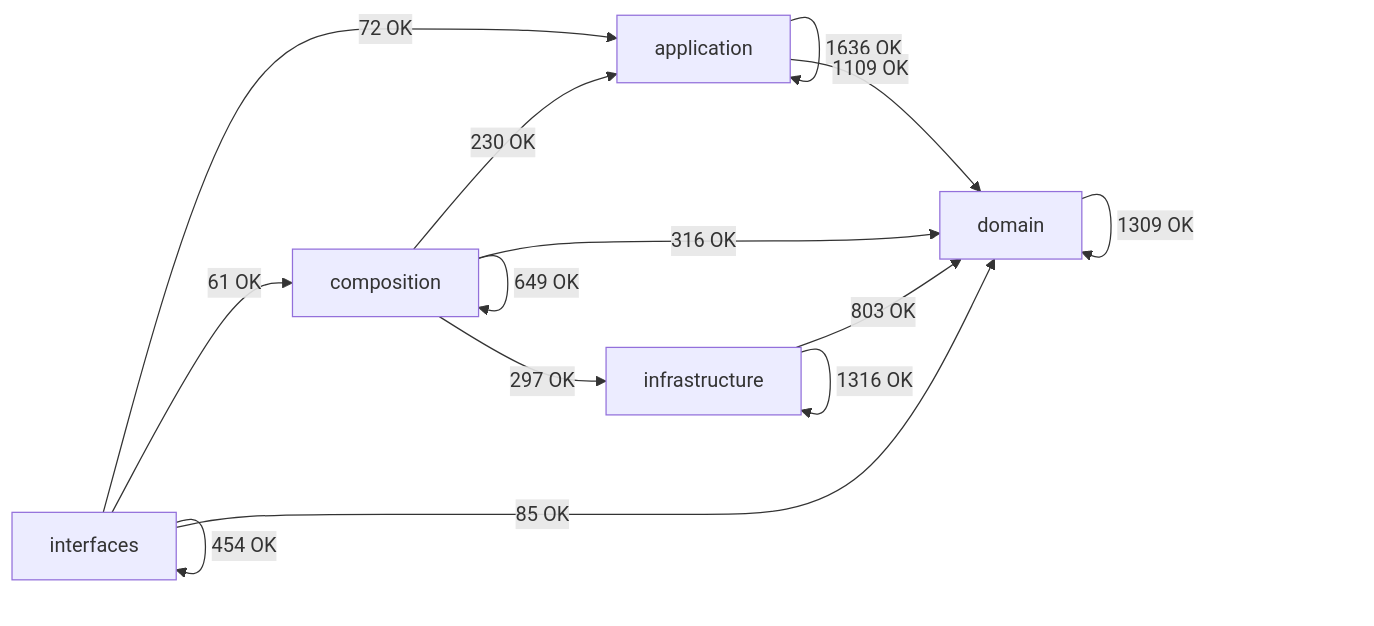
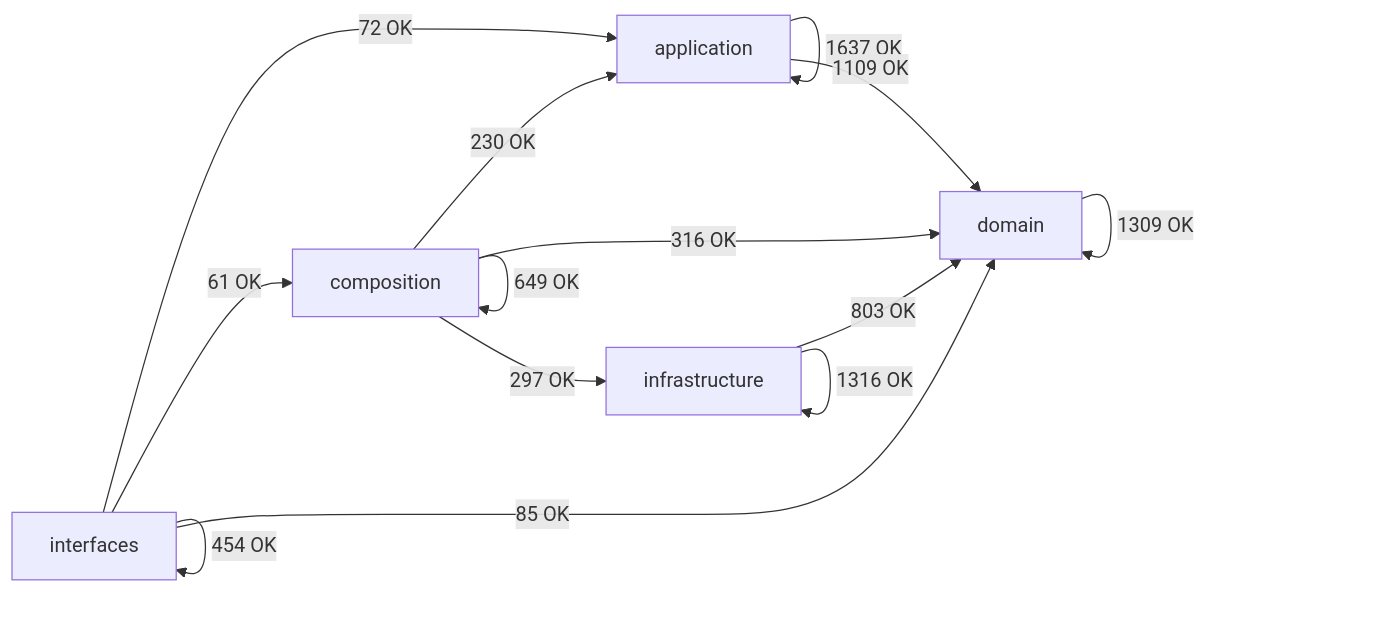
Before and after one commit to SatoryKono/BioactivityDataAcquisition: the diagram in docs/02-architecture/generated/module-dependency-map.md, drawn with Mermaid. The commit also changed other lines of this file and 13 other files, not shown here.

````diff
--- a/docs/02-architecture/generated/module-dependency-map.md
+++ b/docs/02-architecture/generated/module-dependency-map.md
@@ -17,21 +17,21 @@
 ```mermaid
 flowchart LR
     domain[domain]
     application[application]
     infrastructure[infrastructure]
     composition[composition]
     interfaces[interfaces]
-    application -->|1636 OK| application
+    application -->|1637 OK| application
     application -->|1109 OK| domain
     composition -->|230 OK| application
     composition -->|649 OK| composition
     composition -->|316 OK| domain
     composition -->|297 OK| infrastructure
     domain -->|1309 OK| domain
     infrastructure -->|803 OK| domain
     infrastructure -->|1316 OK| infrastructure
     interfaces -->|72 OK| application
     interfaces -->|61 OK| composition
     interfaces -->|85 OK| domain
     interfaces -->|454 OK| interfaces
 ```
````
